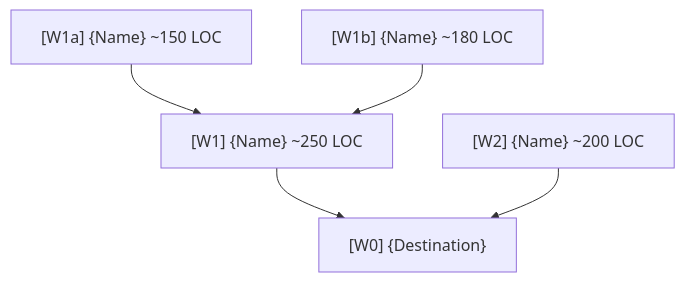
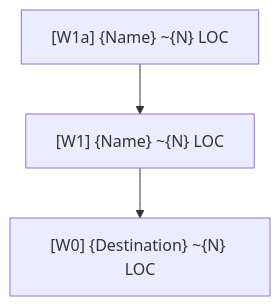
Before and after one commit to sjquant/ghosts: the first of 2 diagrams in core/skills/wdd/SKILL.md, drawn with Mermaid. The commit also changed other lines of this file and 6 other files, not shown here.

````diff
--- a/core/skills/wdd/SKILL.md
+++ b/core/skills/wdd/SKILL.md
@@ -141,8 +72,6 @@
 ```mermaid
 graph TD
-	W0["[W0] {Destination}"]
-	W1["[W1] {Name} ~250 LOC"] --> W0
-	W2["[W2] {Name} ~200 LOC"] --> W0
-	W1a["[W1a] {Name} ~150 LOC"] --> W1
-	W1b["[W1b] {Name} ~180 LOC"] --> W1
+  W0["[W0] {Destination} ~{N} LOC"]
+  W1["[W1] {Name} ~{N} LOC"] --> W0
+  W1a["[W1a] {Name} ~{N} LOC"] --> W1
 ```
````
